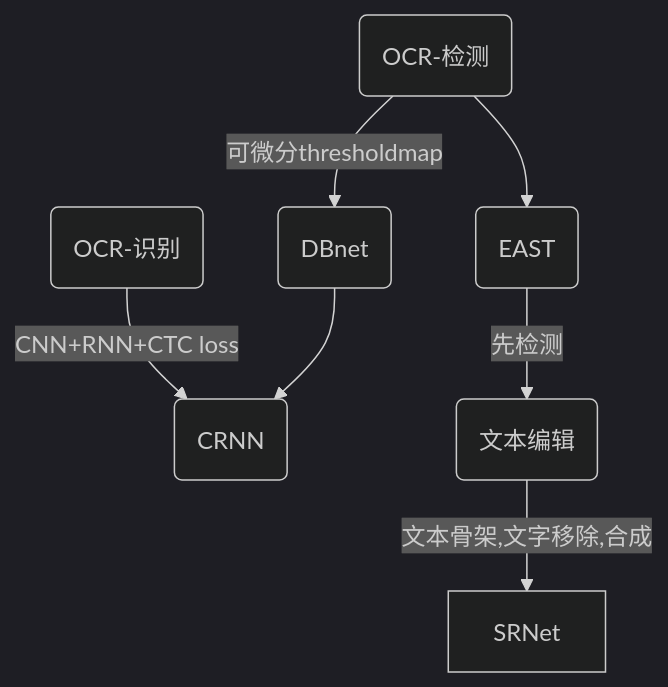
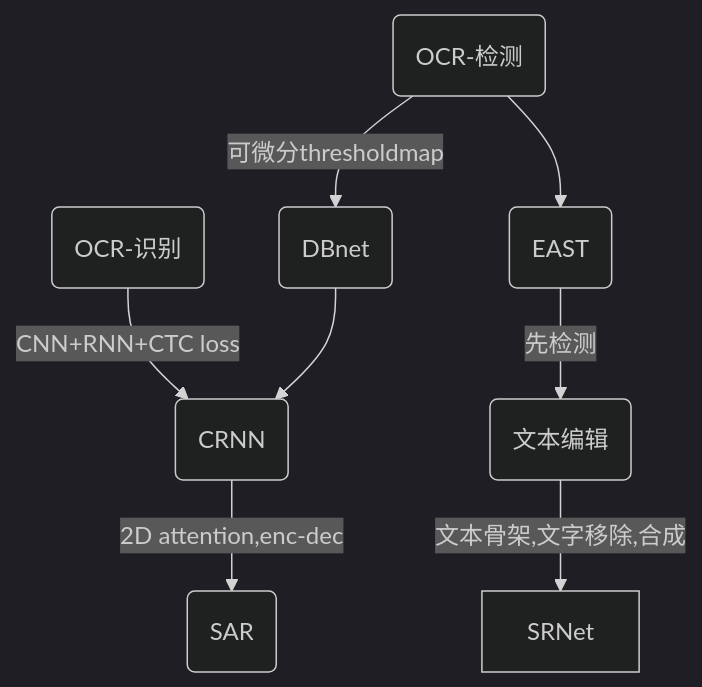
One commit to imerse/imerse.github.io changed the seventh of 9 diagrams in preview/detection.md. Above: the diagram before and after it, drawn with Mermaid (dark theme). The commit also changed 2 other files, not shown here.

````diff
--- a/preview/detection.md
+++ b/preview/detection.md
@@ -77,10 +77,10 @@
 ``` mermaid
 graph TD
     SJC("OCR-检测") --"可微分thresholdmap"--> DB(DBnet) 
     SSB("OCR-识别") --"CNN+RNN+CTC loss"--> CR(CRNN) 
 
-    DB-->CR
+    DB-->CR --"2D attention,enc-dec"--> SAR2018(SAR)
 
     SJC--> EA(EAST)
     EA --先检测--> BJ(文本编辑) --"文本骨架,文字移除,合成"--> SRNet
 ```
````
